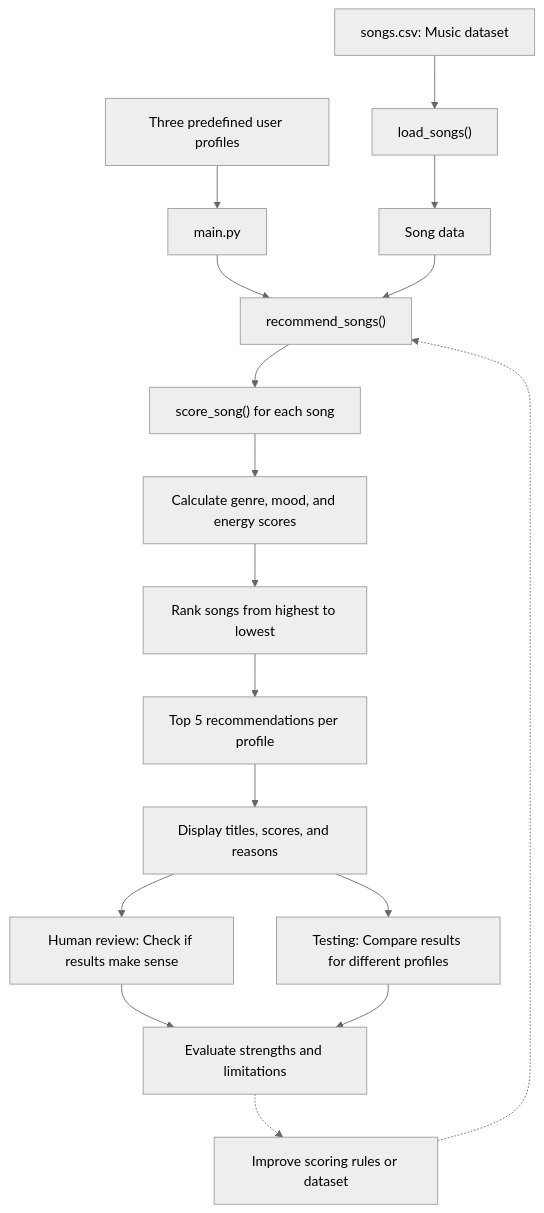
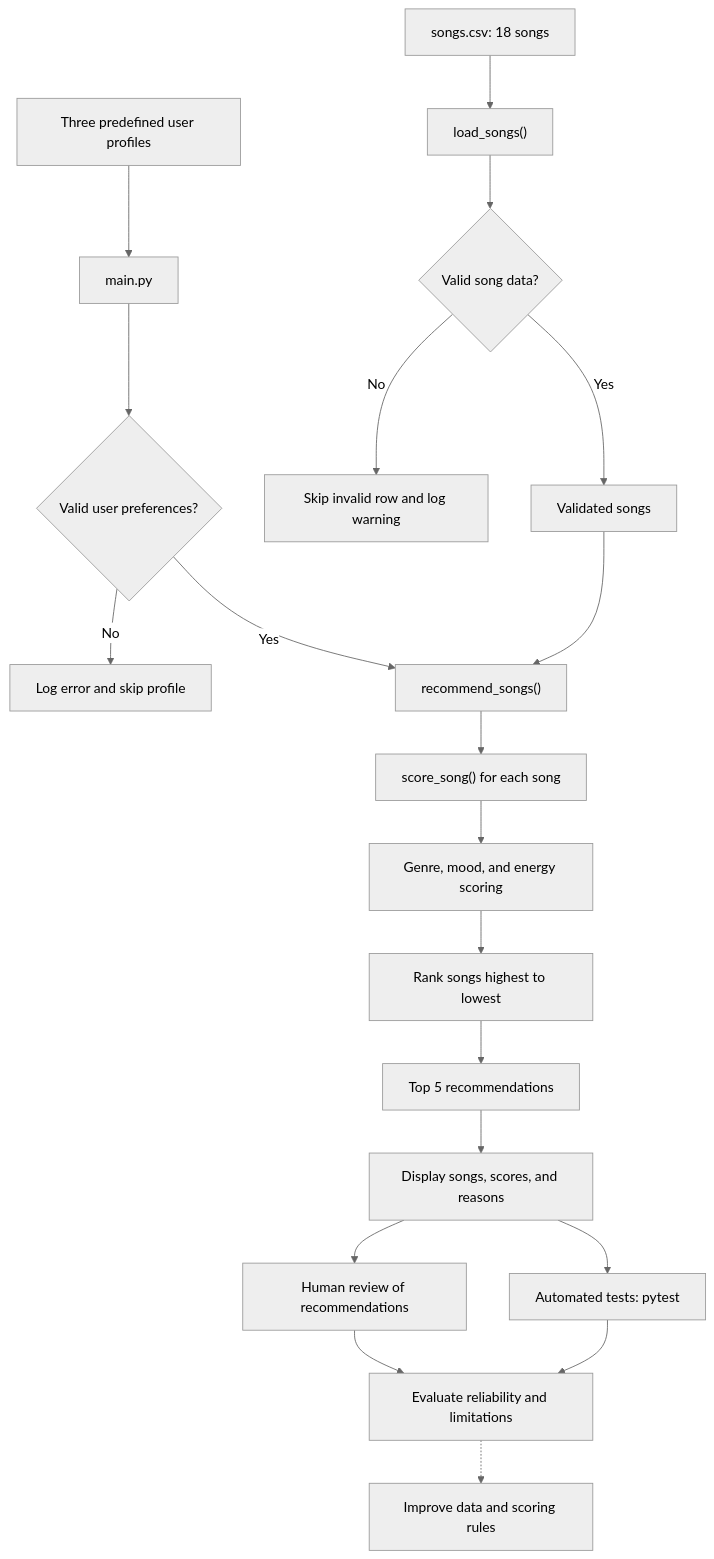
Before and after one commit to behishtak32/applied-ai-system-final-Copy: the diagram in diagrams/architecture.mmd, drawn with Mermaid (neutral theme). The commit also changed other lines of this file, not shown here.

Commit message:
Update architecture diagram with reliability checks

```diff
--- a/diagrams/architecture.mmd
+++ b/diagrams/architecture.mmd
@@ -1,21 +1,25 @@
-
 
 
 flowchart TD
     A["Three predefined user profiles"] --> B["main.py"]
-    C["songs.csv: Music dataset"] --> D["load_songs()"]
-    D --> E["Song data"]
-    B --> F["recommend_songs()"]
-    E --> F
-    F --> G["score_song() for each song"]
-    G --> H["Calculate genre, mood, and energy scores"]
-    H --> I["Rank songs from highest to lowest"]
-    I --> J["Top 5 recommendations per profile"]
-    J --> K["Display titles, scores, and reasons"]
+    C["songs.csv: 18 songs"] --> D["load_songs()"]
+    D --> E{"Valid song data?"}
+    E -->|Yes| F["Validated songs"]
+    E -->|No| G["Skip invalid row and log warning"]
 
-    K --> L["Human review: Check if results make sense"]
-    K --> M["Testing: Compare results for different profiles"]
-    L --> N["Evaluate strengths and limitations"]
-    M --> N
-    N -.-> O["Improve scoring rules or dataset"]
-    O -.-> F
+    B --> H{"Valid user preferences?"}
+    H -->|No| I["Log error and skip profile"]
+    H -->|Yes| J["recommend_songs()"]
+    F --> J
+
+    J --> K["score_song() for each song"]
+    K --> L["Genre, mood, and energy scoring"]
+    L --> M["Rank songs highest to lowest"]
+    M --> N["Top 5 recommendations"]
+    N --> O["Display songs, scores, and reasons"]
+
+    O --> P["Human review of recommendations"]
+    O --> Q["Automated tests: pytest"]
+    P --> R["Evaluate reliability and limitations"]
+    Q --> R
+    R -.-> S["Improve data and scoring rules"]
```
